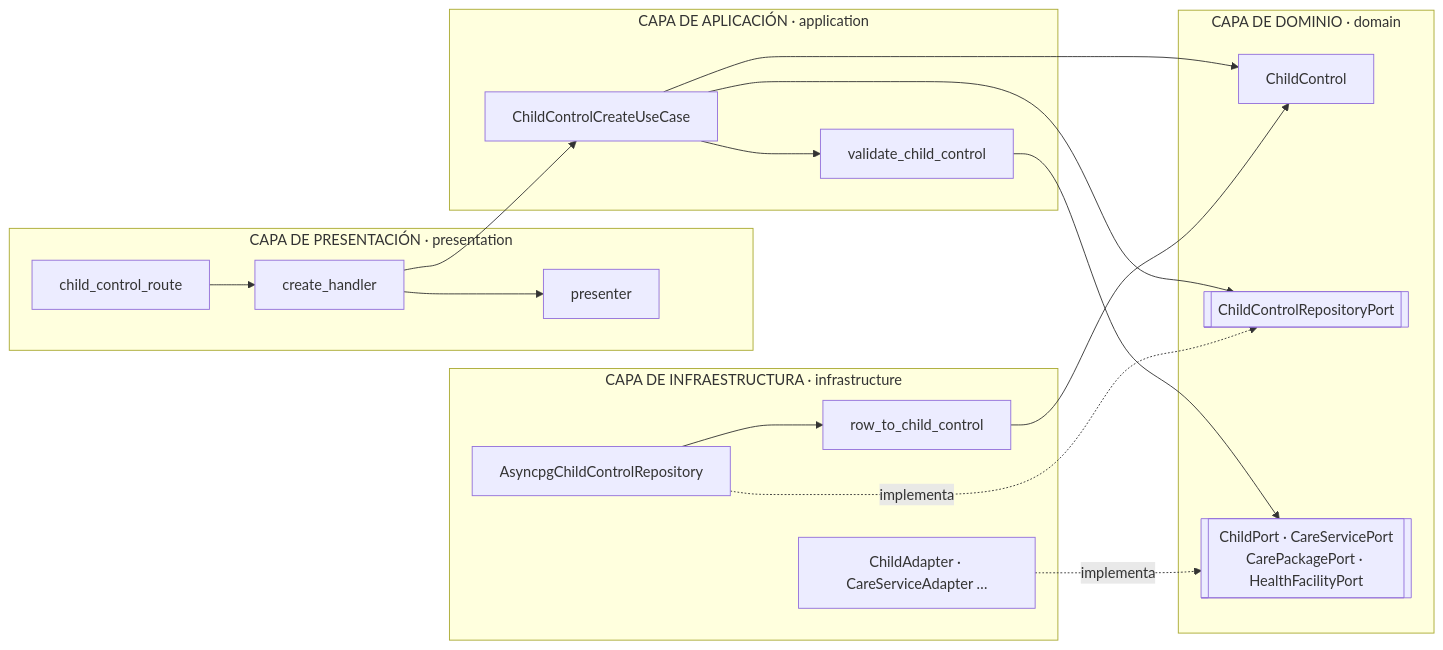
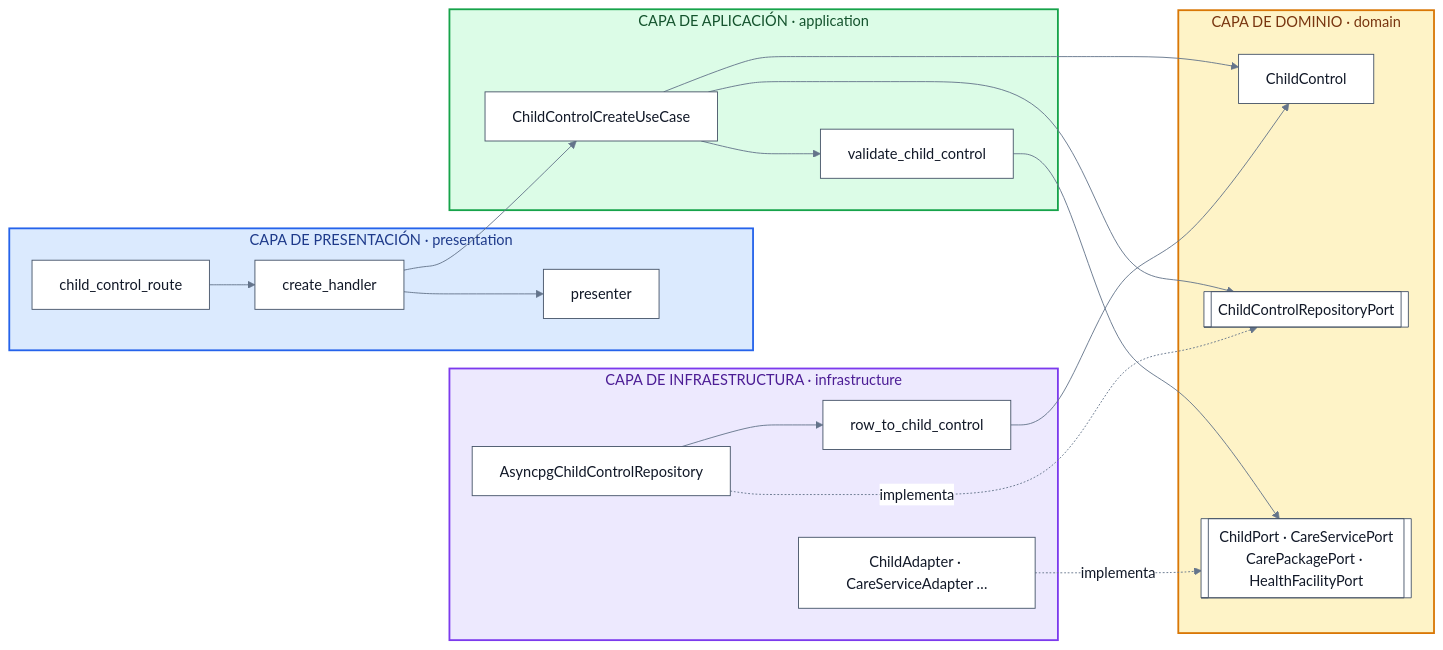
The first of 4 diagrams in docs/03-diseno-de-software/01-diseno-interno-de-modulos.md (germanAmiqueroPeralta/SPRINT1), drawn with Mermaid before and after one commit. The commit also changed 4 other files, not shown here.

Commit message:
Mejorar colores de los diagramas para que se lean en modo claro y oscuro

````diff
--- a/docs/03-diseno-de-software/01-diseno-interno-de-modulos.md
+++ b/docs/03-diseno-de-software/01-diseno-interno-de-modulos.md
@@ -69,28 +69,34 @@
 ```mermaid
+%%{init: {"theme": "base", "themeVariables": {"primaryColor": "#ffffff", "primaryTextColor": "#111827", "primaryBorderColor": "#475569", "lineColor": "#64748b", "textColor": "#111827", "titleColor": "#111827", "edgeLabelBackground": "#ffffff", "clusterBkg": "#f8fafc", "clusterBorder": "#94a3b8"}}}%%
 flowchart LR
     subgraph presentation["CAPA DE PRESENTACIÓN · presentation"]
         R[child_control_route] --> H[create_handler]
         H --> PR[presenter]
     end
     subgraph application["CAPA DE APLICACIÓN · application"]
         UC[ChildControlCreateUseCase] --> V[validate_child_control]
     end
     subgraph domain["CAPA DE DOMINIO · domain"]
         E[ChildControl]
         RP[[ChildControlRepositoryPort]]
         PP[["ChildPort · CareServicePort<br/>CarePackagePort · HealthFacilityPort"]]
     end
     subgraph infrastructure["CAPA DE INFRAESTRUCTURA · infrastructure"]
         REPO[AsyncpgChildControlRepository]
         AD["ChildAdapter · CareServiceAdapter …"]
         MAP[row_to_child_control]
     end
 
     H --> UC
     UC --> RP
     V --> PP
     UC --> E
     REPO -. implementa .-> RP
     AD -. implementa .-> PP
     REPO --> MAP --> E
+
+    style presentation fill:#dbeafe,stroke:#2563eb,stroke-width:2px,color:#1e3a8a
+    style application fill:#dcfce7,stroke:#16a34a,stroke-width:2px,color:#14532d
+    style domain fill:#fef3c7,stroke:#d97706,stroke-width:2px,color:#78350f
+    style infrastructure fill:#ede9fe,stroke:#7c3aed,stroke-width:2px,color:#4c1d95
 ```
````
